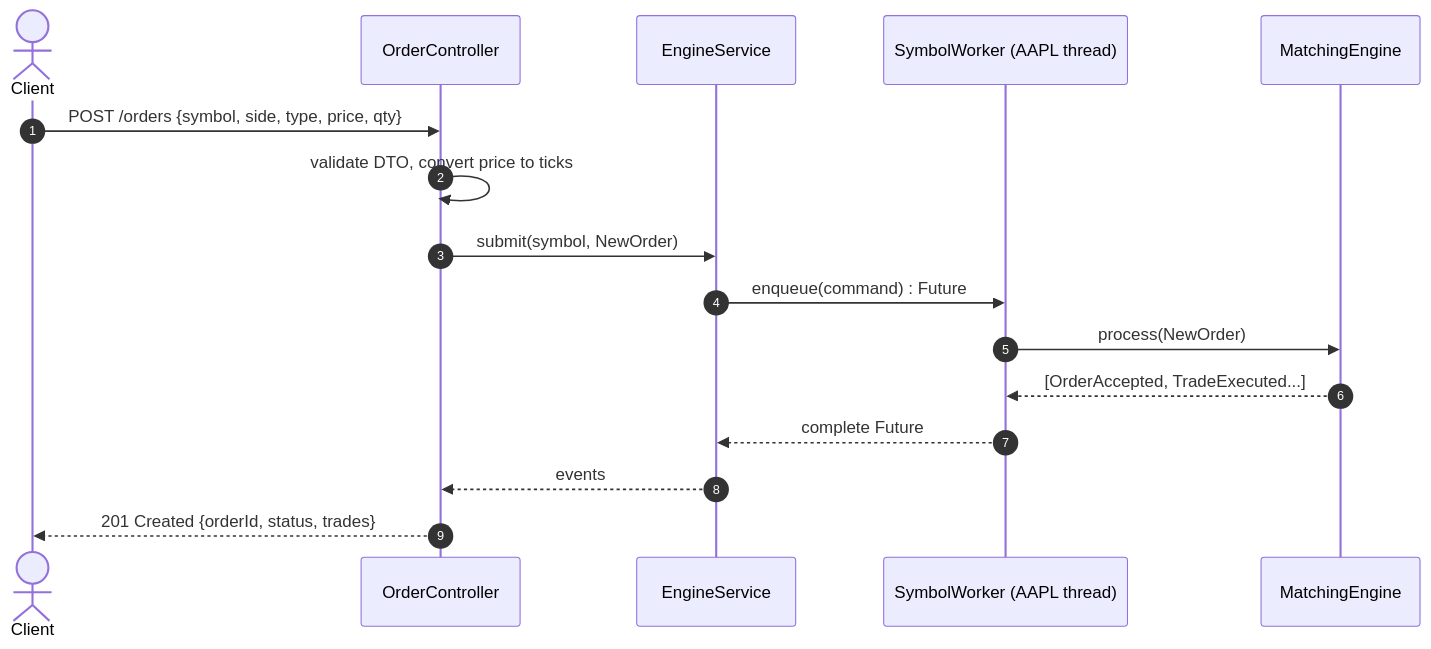
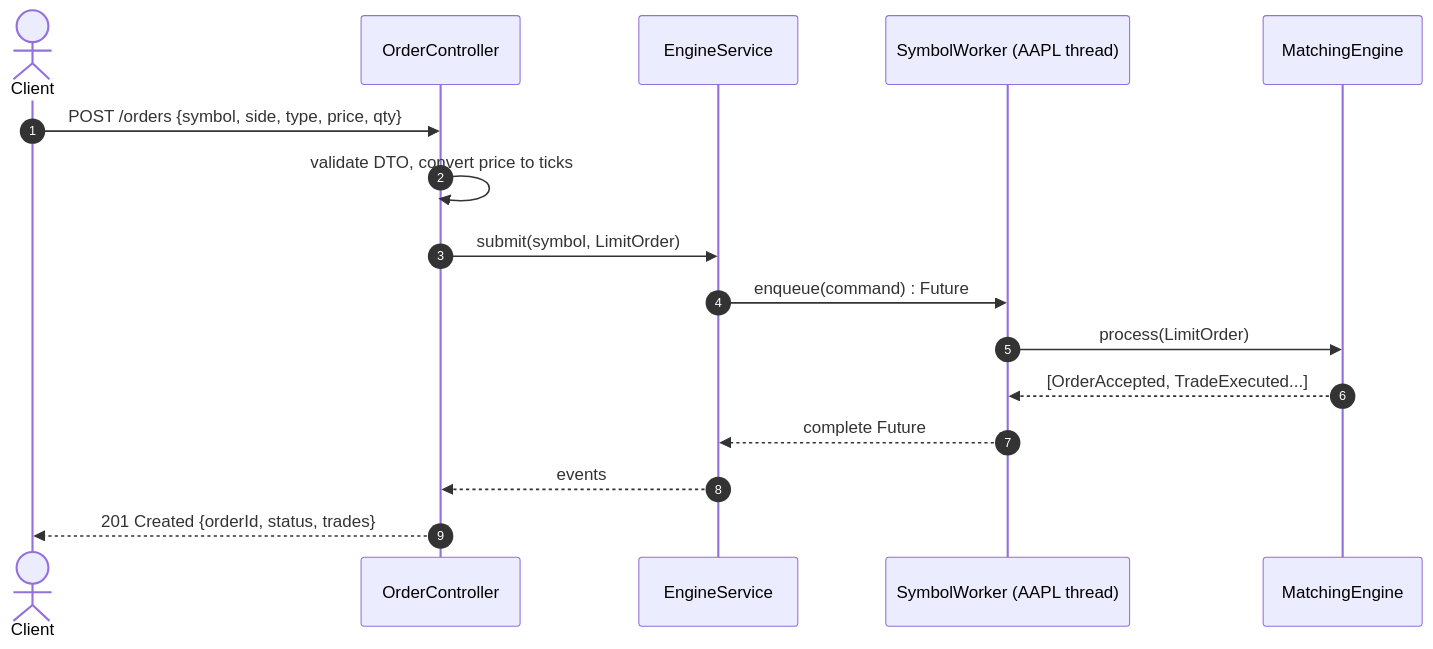
Before and after one commit to Ahmed-Berrada/Order_Book: the third of 4 diagrams in README.md, drawn with Mermaid. The commit also changed other lines of this file and 1 other file, not shown here.

First line of the commit message:
docs: phased roadmap and README for phase 1

````diff
--- a/README.md
+++ b/README.md
@@ -195,19 +223,19 @@
 ```mermaid
 sequenceDiagram
     autonumber
     actor C as Client
     participant Ctl as OrderController
     participant Svc as EngineService
     participant W as SymbolWorker (AAPL thread)
     participant E as MatchingEngine
 
     C->>Ctl: POST /orders {symbol, side, type, price, qty}
     Ctl->>Ctl: validate DTO, convert price to ticks
-    Ctl->>Svc: submit(symbol, NewOrder)
+    Ctl->>Svc: submit(symbol, LimitOrder)
     Svc->>W: enqueue(command) : Future
-    W->>E: process(NewOrder)
+    W->>E: process(LimitOrder)
     E-->>W: [OrderAccepted, TradeExecuted...]
     W-->>Svc: complete Future
     Svc-->>Ctl: events
     Ctl-->>C: 201 Created {orderId, status, trades}
 ```
````
